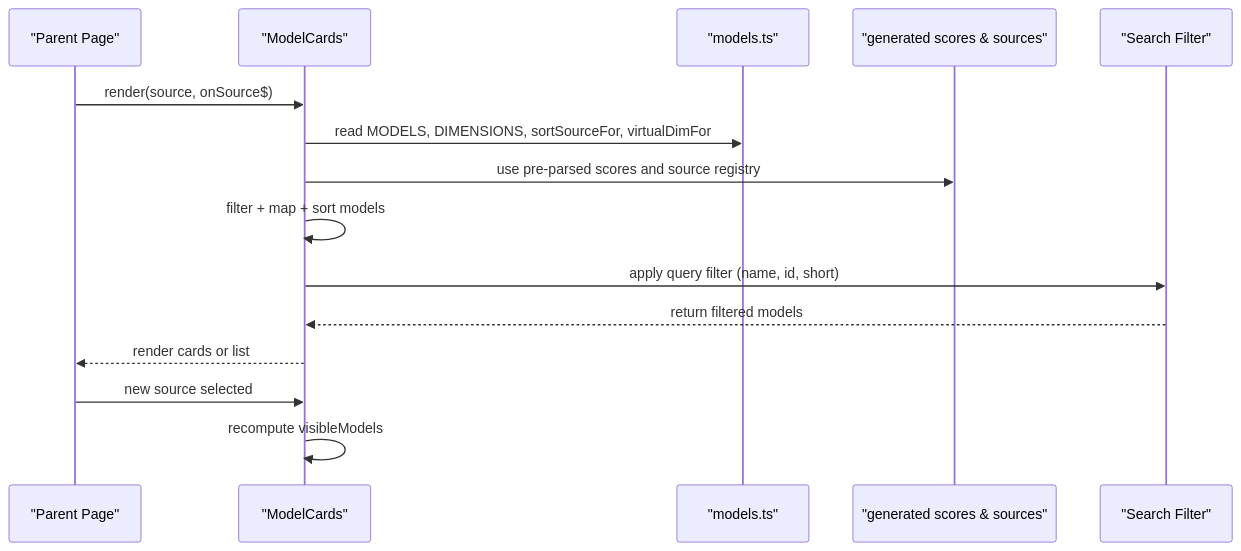
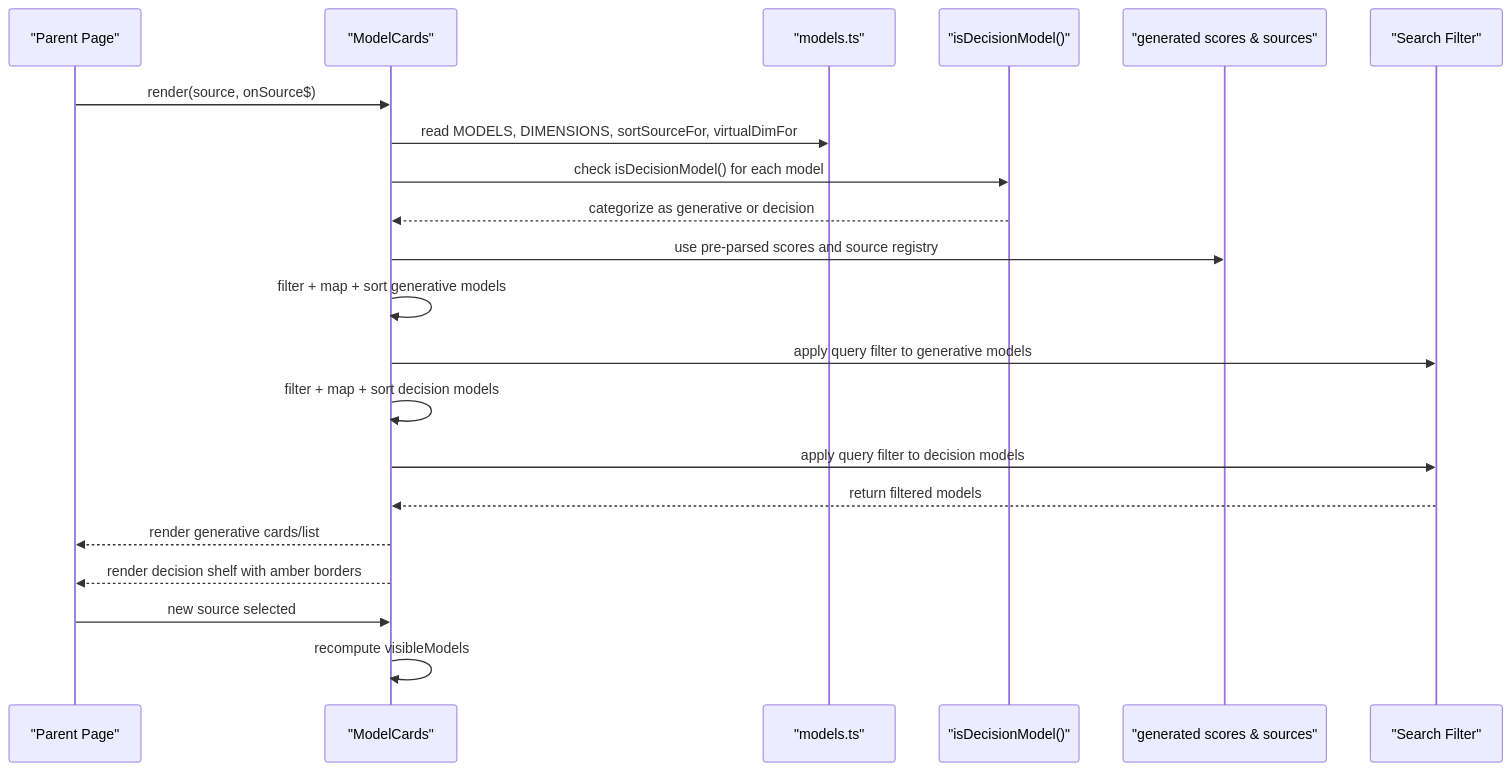
Before and after one commit to delirium-dj/modelcomp: the second of 8 diagrams in .qoder/repowiki/en/content/User Interface Components/ModelCards Display Component.md, drawn with Mermaid. The commit also changed other lines of this file and 22 other files, not shown here.

````diff
--- a/.qoder/repowiki/en/content/User Interface Components/ModelCards Display Component.md
+++ b/.qoder/repowiki/en/content/User Interface Components/ModelCards Display Component.md
@@ -116,17 +125,23 @@
 ```mermaid
 sequenceDiagram
 participant Parent as "Parent Page"
 participant MC as "ModelCards"
 participant Data as "models.ts"
+participant Decision as "isDecisionModel()"
 participant Generated as "generated scores & sources"
 participant Search as "Search Filter"
 Parent->>MC : render(source, onSource$)
 MC->>Data : read MODELS, DIMENSIONS, sortSourceFor, virtualDimFor
+MC->>Decision : check isDecisionModel() for each model
+Decision-->>MC : categorize as generative or decision
 MC->>Generated : use pre-parsed scores and source registry
-MC->>MC : filter + map + sort models
-MC->>Search : apply query filter (name, id, short)
+MC->>MC : filter + map + sort generative models
+MC->>Search : apply query filter to generative models
+MC->>MC : filter + map + sort decision models
+MC->>Search : apply query filter to decision models
 Search-->>MC : return filtered models
-MC-->>Parent : render cards or list
+MC-->>Parent : render generative cards/list
+MC-->>Parent : render decision shelf with amber borders
 Parent->>MC : new source selected
 MC->>MC : recompute visibleModels
 ```
````
